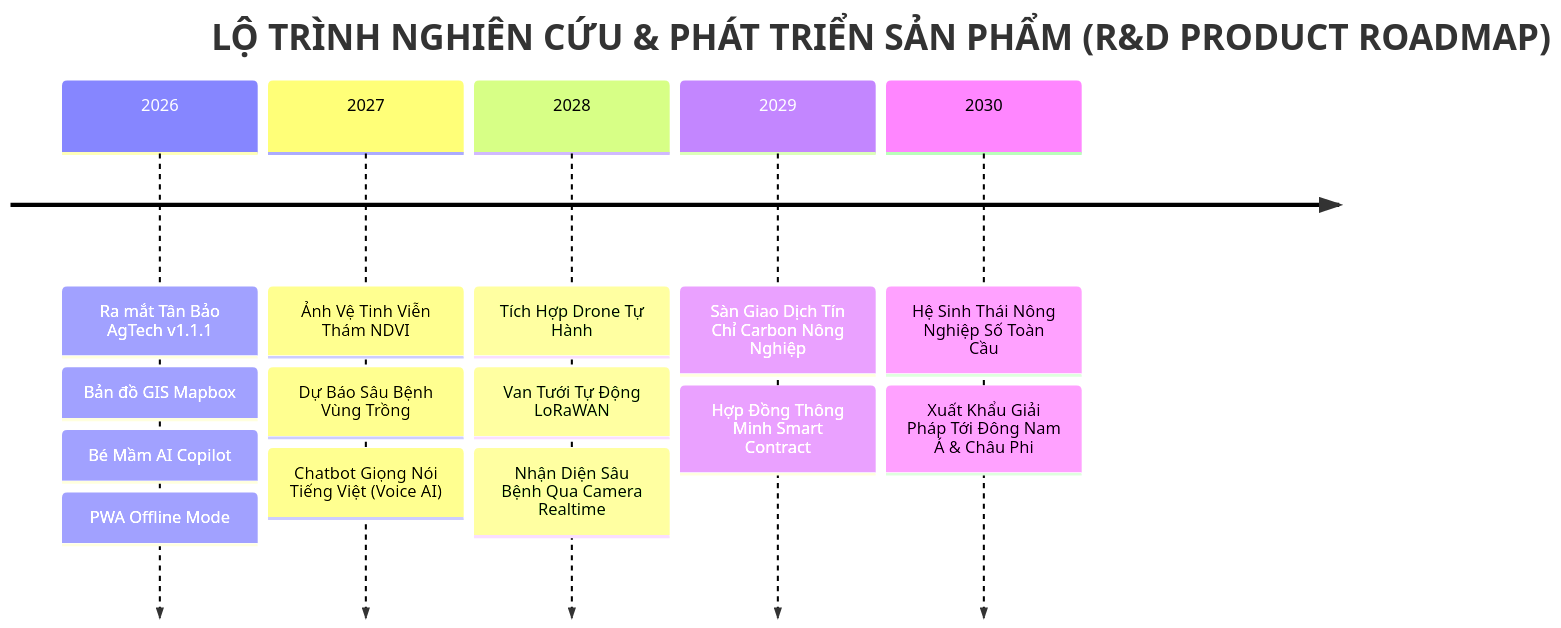
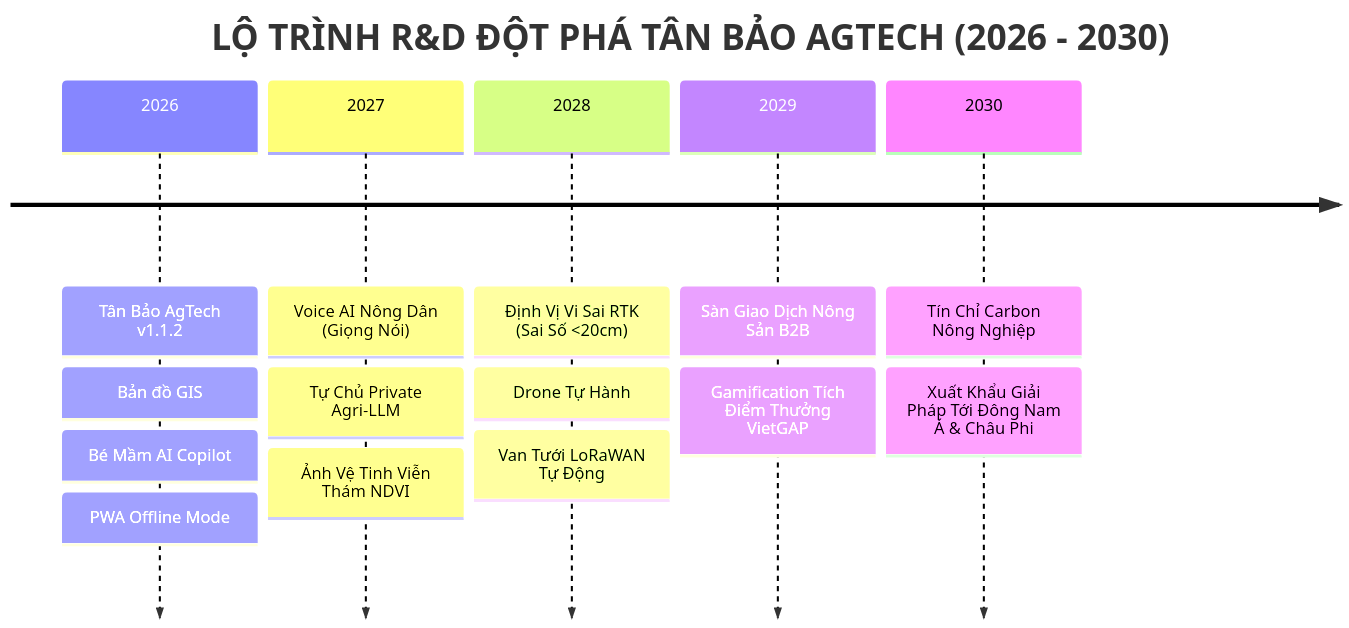
One commit to Phuc0901-pp/plant-book changed the third of 3 diagrams in SACH_KY_THUAT_NGHIEN_CUU_VA_PHAT_TRIEN_TANBAO_AGTECH.md. Above: the diagram before and after it, drawn with Mermaid. The commit also changed other lines of this file and 2 other files, not shown here.

Commit message:
Docs: Update Full AgTech R&D Book with in-depth analysis of System Limitations & Breakthrough Future Strategic Solutions (Word & MD)

````diff
--- a/SACH_KY_THUAT_NGHIEN_CUU_VA_PHAT_TRIEN_TANBAO_AGTECH.md
+++ b/SACH_KY_THUAT_NGHIEN_CUU_VA_PHAT_TRIEN_TANBAO_AGTECH.md
@@ -77,9 +103,9 @@
 ```mermaid
 timeline
-    title LỘ TRÌNH NGHIÊN CỨU & PHÁT TRIỂN SẢN PHẨM (R&D PRODUCT ROADMAP)
-    2026 : Ra mắt Tân Bảo AgTech v1.1.1 : Bản đồ GIS Mapbox : Bé Mầm AI Copilot : PWA Offline Mode
-    2027 : Ảnh Vệ Tinh Viễn Thám NDVI : Dự Báo Sâu Bệnh Vùng Trồng : Chatbot Giọng Nói Tiếng Việt (Voice AI)
-    2028 : Tích Hợp Drone Tự Hành : Van Tưới Tự Động LoRaWAN : Nhận Diện Sâu Bệnh Qua Camera Realtime
-    2029 : Sàn Giao Dịch Tín Chỉ Carbon Nông Nghiệp : Hợp Đồng Thông Minh Smart Contract
-    2030 : Hệ Sinh Thái Nông Nghiệp Số Toàn Cầu : Xuất Khẩu Giải Pháp Tới Đông Nam Á & Châu Phi
+    title LỘ TRÌNH R&D ĐỘT PHÁ TÂN BẢO AGTECH (2026 - 2030)
+    2026 : Tân Bảo AgTech v1.1.2 : Bản đồ GIS : Bé Mầm AI Copilot : PWA Offline Mode
+    2027 : Voice AI Nông Dân (Giọng Nói) : Tự Chủ Private Agri-LLM : Ảnh Vệ Tinh Viễn Thám NDVI
+    2028 : Định Vị Vi Sai RTK (Sai Số <20cm) : Drone Tự Hành : Van Tưới LoRaWAN Tự Động
+    2029 : Sàn Giao Dịch Nông Sản B2B : Gamification Tích Điểm Thưởng VietGAP
+    2030 : Tín Chỉ Carbon Nông Nghiệp : Xuất Khẩu Giải Pháp Tới Đông Nam Á & Châu Phi
 ```
````
